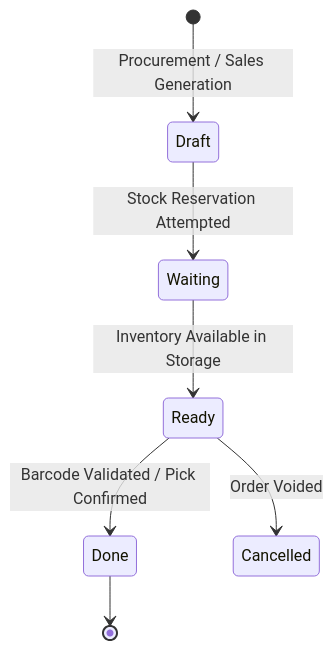
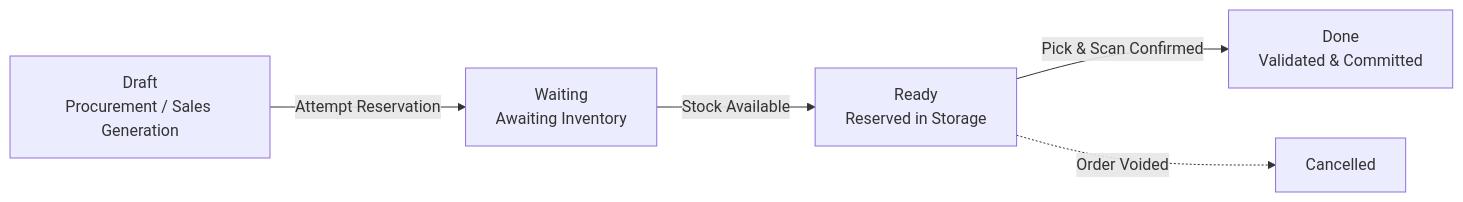
One commit to ManfredNelvin-Dev/curq-documentation changed the second of 2 diagrams in docs/Inventory/core-concepts/01-understanding-double-entry-inventory-and-stock-flows.md. Above: the diagram before and after it, drawn with Mermaid. The commit also changed other lines of this file and 33 other files, not shown here.

Commit message:
feat(inventory): align Inventory documentation with Diátaxis architecture and consolidated settings

````diff
--- a/docs/Inventory/core-concepts/01-understanding-double-entry-inventory-and-stock-flows.md
+++ b/docs/Inventory/core-concepts/01-understanding-double-entry-inventory-and-stock-flows.md
@@ -54,9 +54,7 @@
 ```mermaid
-stateDiagram-v2
-    [*] --> Draft : Procurement / Sales Generation
-    Draft --> Waiting : Stock Reservation Attempted
-    Waiting --> Ready : Inventory Available in Storage
-    Ready --> Done : Barcode Validated / Pick Confirmed
-    Ready --> Cancelled : Order Voided
-    Done --> [*]
+flowchart LR
+    Draft["Draft<br/>Procurement / Sales Generation"] -->|"Attempt Reservation"| Waiting["Waiting<br/>Awaiting Inventory"]
+    Waiting -->|"Stock Available"| Ready["Ready<br/>Reserved in Storage"]
+    Ready -->|"Pick & Scan Confirmed"| Done["Done<br/>Validated & Committed"]
+    Ready -.->|"Order Voided"| Cancelled["Cancelled"]
 ```
````
